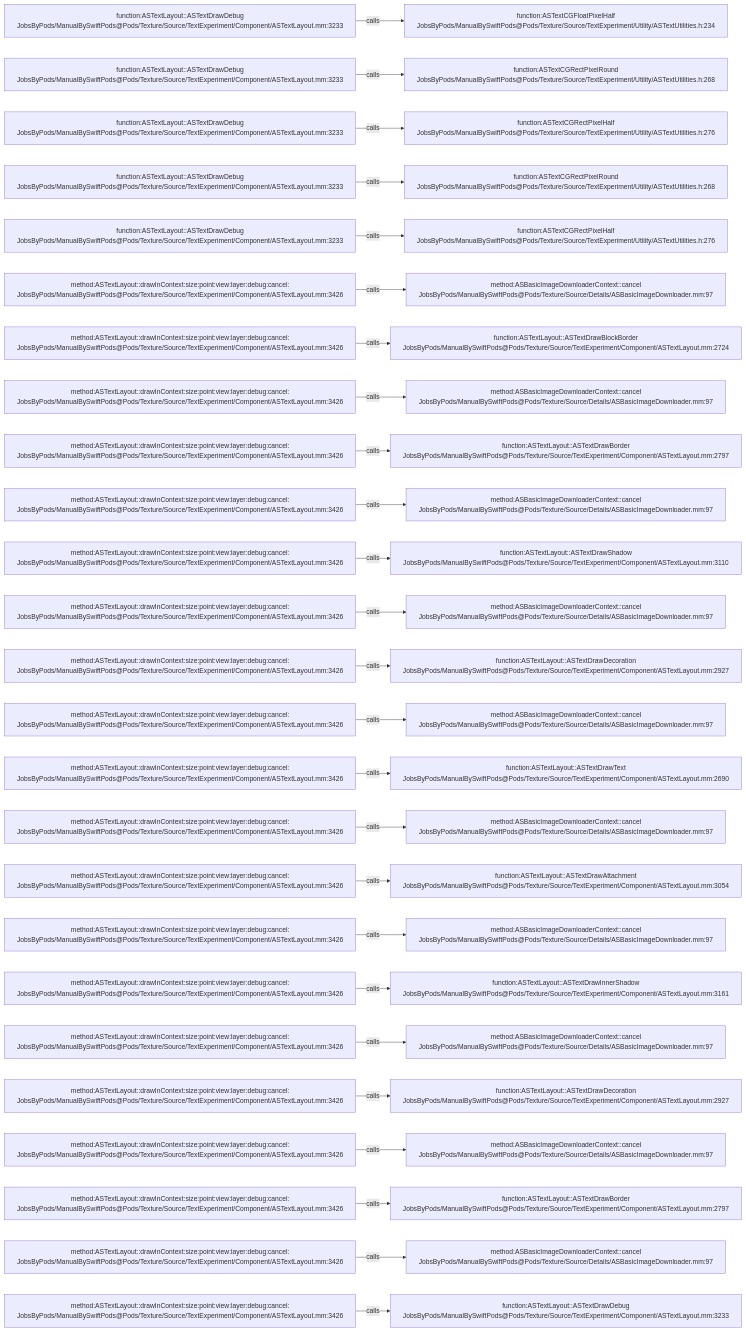
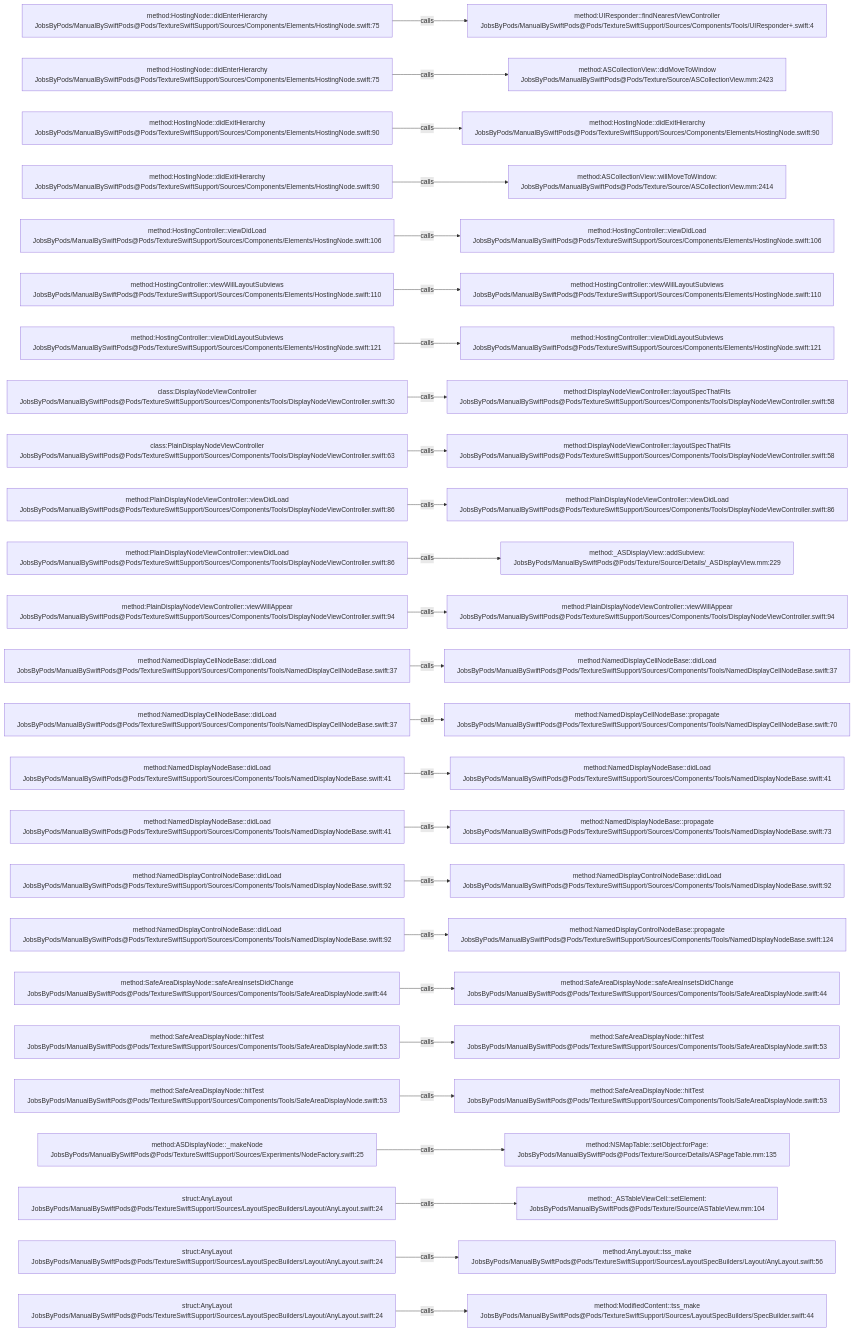
Before and after one commit to JobsKits/JobsSwiftBaseConfigDemo: the diagram in .codegraph/codegraph.md/graphs/calls-156.md, drawn with Mermaid. The commit also changed 832 other files, not shown here.

````diff
--- a/.codegraph/codegraph.md/graphs/calls-156.md
+++ b/.codegraph/codegraph.md/graphs/calls-156.md
@@ -13,78 +13,78 @@
 ```mermaid
 flowchart LR
-  S1["function:ASTextLayout::ASTextDrawDebug<br/>JobsByPods/ManualBySwiftPods@Pods/Texture/Source/TextExperiment/Component/ASTextLayout.mm:3233"]
-  T1["function:ASTextCGFloatPixelHalf<br/>JobsByPods/ManualBySwiftPods@Pods/Texture/Source/TextExperiment/Utility/ASTextUtilities.h:234"]
+  S1["method:HostingNode::didEnterHierarchy<br/>JobsByPods/ManualBySwiftPods@Pods/TextureSwiftSupport/Sources/Components/Elements/HostingNode.swift:75"]
+  T1["method:UIResponder::findNearestViewController<br/>JobsByPods/ManualBySwiftPods@Pods/TextureSwiftSupport/Sources/Components/Tools/UIResponder+.swift:4"]
   S1 -->|calls| T1
-  S2["function:ASTextLayout::ASTextDrawDebug<br/>JobsByPods/ManualBySwiftPods@Pods/Texture/Source/TextExperiment/Component/ASTextLayout.mm:3233"]
-  T2["function:ASTextCGRectPixelRound<br/>JobsByPods/ManualBySwiftPods@Pods/Texture/Source/TextExperiment/Utility/ASTextUtilities.h:268"]
+  S2["method:HostingNode::didEnterHierarchy<br/>JobsByPods/ManualBySwiftPods@Pods/TextureSwiftSupport/Sources/Components/Elements/HostingNode.swift:75"]
+  T2["method:ASCollectionView::didMoveToWindow<br/>JobsByPods/ManualBySwiftPods@Pods/Texture/Source/ASCollectionView.mm:2423"]
   S2 -->|calls| T2
-  S3["function:ASTextLayout::ASTextDrawDebug<br/>JobsByPods/ManualBySwiftPods@Pods/Texture/Source/TextExperiment/Component/ASTextLayout.mm:3233"]
-  T3["function:ASTextCGRectPixelHalf<br/>JobsByPods/ManualBySwiftPods@Pods/Texture/Source/TextExperiment/Utility/ASTextUtilities.h:276"]
+  S3["method:HostingNode::didExitHierarchy<br/>JobsByPods/ManualBySwiftPods@Pods/TextureSwiftSupport/Sources/Components/Elements/HostingNode.swift:90"]
+  T3["method:HostingNode::didExitHierarchy<br/>JobsByPods/ManualBySwiftPods@Pods/TextureSwiftSupport/Sources/Components/Elements/HostingNode.swift:90"]
   S3 -->|calls| T3
-  S4["function:ASTextLayout::ASTextDrawDebug<br/>JobsByPods/ManualBySwiftPods@Pods/Texture/Source/TextExperiment/Component/ASTextLayout.mm:3233"]
-  T4["function:ASTextCGRectPixelRound<br/>JobsByPods/ManualBySwiftPods@Pods/Texture/Source/TextExperiment/Utility/ASTextUtilities.h:268"]
+  S4["method:HostingNode::didExitHierarchy<br/>JobsByPods/ManualBySwiftPods@Pods/TextureSwiftSupport/Sources/Components/Elements/HostingNode.swift:90"]
+  T4["method:ASCollectionView::willMoveToWindow:<br/>JobsByPods/ManualBySwiftPods@Pods/Texture/Source/ASCollectionView.mm:2414"]
   S4 -->|calls| T4
-  S5["function:ASTextLayout::ASTextDrawDebug<br/>JobsByPods/ManualBySwiftPods@Pods/Texture/Source/TextExperiment/Component/ASTextLayout.mm:3233"]
-  T5["function:ASTextCGRectPixelHalf<br/>JobsByPods/ManualBySwiftPods@Pods/Texture/Source/TextExperiment/Utility/ASTextUtilities.h:276"]
+  S5["method:HostingController::viewDidLoad<br/>JobsByPods/ManualBySwiftPods@Pods/TextureSwiftSupport/Sources/Components/Elements/HostingNode.swift:106"]
+  T5["method:HostingController::viewDidLoad<br/>JobsByPods/ManualBySwiftPods@Pods/TextureSwiftSupport/Sources/Components/Elements/HostingNode.swift:106"]
   S5 -->|calls| T5
-  S6["method:ASTextLayout::drawInContext:size:point:view:layer:debug:cancel:<br/>JobsByPods/ManualBySwiftPods@Pods/Texture/Source/TextExperiment/Component/ASTextLayout.mm:3426"]
-  T6["method:ASBasicImageDownloaderContext::cancel<br/>JobsByPods/ManualBySwiftPods@Pods/Texture/Source/Details/ASBasicImageDownloader.mm:97"]
+  S6["method:HostingController::viewWillLayoutSubviews<br/>JobsByPods/ManualBySwiftPods@Pods/TextureSwiftSupport/Sources/Components/Elements/HostingNode.swift:110"]
+  T6["method:HostingController::viewWillLayoutSubviews<br/>JobsByPods/ManualBySwiftPods@Pods/TextureSwiftSupport/Sources/Components/Elements/HostingNode.swift:110"]
   S6 -->|calls| T6
-  S7["method:ASTextLayout::drawInContext:size:point:view:layer:debug:cancel:<br/>JobsByPods/ManualBySwiftPods@Pods/Texture/Source/TextExperiment/Component/ASTextLayout.mm:3426"]
-  T7["function:ASTextLayout::ASTextDrawBlockBorder<br/>JobsByPods/ManualBySwiftPods@Pods/Texture/Source/TextExperiment/Component/ASTextLayout.mm:2724"]
+  S7["method:HostingController::viewDidLayoutSubviews<br/>JobsByPods/ManualBySwiftPods@Pods/TextureSwiftSupport/Sources/Components/Elements/HostingNode.swift:121"]
+  T7["method:HostingController::viewDidLayoutSubviews<br/>JobsByPods/ManualBySwiftPods@Pods/TextureSwiftSupport/Sources/Components/Elements/HostingNode.swift:121"]
   S7 -->|calls| T7
-  S8["method:ASTextLayout::drawInContext:size:point:view:layer:debug:cancel:<br/>JobsByPods/ManualBySwiftPods@Pods/Texture/Source/TextExperiment/Component/ASTextLayout.mm:3426"]
-  T8["method:ASBasicImageDownloaderContext::cancel<br/>JobsByPods/ManualBySwiftPods@Pods/Texture/Source/Details/ASBasicImageDownloader.mm:97"]
+  S8["class:DisplayNodeViewController<br/>JobsByPods/ManualBySwiftPods@Pods/TextureSwiftSupport/Sources/Components/Tools/DisplayNodeViewController.swift:30"]
+  T8["method:DisplayNodeViewController::layoutSpecThatFits<br/>JobsByPods/ManualBySwiftPods@Pods/TextureSwiftSupport/Sources/Components/Tools/DisplayNodeViewController.swift:58"]
   S8 -->|calls| T8
-  S9["method:ASTextLayout::drawInContext:size:point:view:layer:debug:cancel:<br/>JobsByPods/ManualBySwiftPods@Pods/Texture/Source/TextExperiment/Component/ASTextLayout.mm:3426"]
-  T9["function:ASTextLayout::ASTextDrawBorder<br/>JobsByPods/ManualBySwiftPods@Pods/Texture/Source/TextExperiment/Component/ASTextLayout.mm:2797"]
+  S9["class:PlainDisplayNodeViewController<br/>JobsByPods/ManualBySwiftPods@Pods/TextureSwiftSupport/Sources/Components/Tools/DisplayNodeViewController.swift:63"]
+  T9["method:DisplayNodeViewController::layoutSpecThatFits<br/>JobsByPods/ManualBySwiftPods@Pods/TextureSwiftSupport/Sources/Components/Tools/DisplayNodeViewController.swift:58"]
   S9 -->|calls| T9
-  S10["method:ASTextLayout::drawInContext:size:point:view:layer:debug:cancel:<br/>JobsByPods/ManualBySwiftPods@Pods/Texture/Source/TextExperiment/Component/ASTextLayout.mm:3426"]
-  T10["method:ASBasicImageDownloaderContext::cancel<br/>JobsByPods/ManualBySwiftPods@Pods/Texture/Source/Details/ASBasicImageDownloader.mm:97"]
+  S10["method:PlainDisplayNodeViewController::viewDidLoad<br/>JobsByPods/ManualBySwiftPods@Pods/TextureSwiftSupport/Sources/Components/Tools/DisplayNodeViewController.swift:86"]
+  T10["method:PlainDisplayNodeViewController::viewDidLoad<br/>JobsByPods/ManualBySwiftPods@Pods/TextureSwiftSupport/Sources/Components/Tools/DisplayNodeViewController.swift:86"]
   S10 -->|calls| T10
-  S11["method:ASTextLayout::drawInContext:size:point:view:layer:debug:cancel:<br/>JobsByPods/ManualBySwiftPods@Pods/Texture/Source/TextExperiment/Component/ASTextLayout.mm:3426"]
-  T11["function:ASTextLayout::ASTextDrawShadow<br/>JobsByPods/ManualBySwiftPods@Pods/Texture/Source/TextExperiment/Component/ASTextLayout.mm:3110"]
+  S11["method:PlainDisplayNodeViewController::viewDidLoad<br/>JobsByPods/ManualBySwiftPods@Pods/TextureSwiftSupport/Sources/Components/Tools/DisplayNodeViewController.swift:86"]
+  T11["method:_ASDisplayView::addSubview:<br/>JobsByPods/ManualBySwiftPods@Pods/Texture/Source/Details/_ASDisplayView.mm:229"]
   S11 -->|calls| T11
-  S12["method:ASTextLayout::drawInContext:size:point:view:layer:debug:cancel:<br/>JobsByPods/ManualBySwiftPods@Pods/Texture/Source/TextExperiment/Component/ASTextLayout.mm:3426"]
-  T12["method:ASBasicImageDownloaderContext::cancel<br/>JobsByPods/ManualBySwiftPods@Pods/Texture/Source/Details/ASBasicImageDownloader.mm:97"]
+  S12["method:PlainDisplayNodeViewController::viewWillAppear<br/>JobsByPods/ManualBySwiftPods@Pods/TextureSwiftSupport/Sources/Components/Tools/DisplayNodeViewController.swift:94"]
+  T12["method:PlainDisplayNodeViewController::viewWillAppear<br/>JobsByPods/ManualBySwiftPods@Pods/TextureSwiftSupport/Sources/Components/Tools/DisplayNodeViewController.swift:94"]
   S12 -->|calls| T12
-  S13["method:ASTextLayout::drawInContext:size:point:view:layer:debug:cancel:<br/>JobsByPods/ManualBySwiftPods@Pods/Texture/Source/TextExperiment/Component/ASTextLayout.mm:3426"]
-  T13["function:ASTextLayout::ASTextDrawDecoration<br/>JobsByPods/ManualBySwiftPods@Pods/Texture/Source/TextExperiment/Component/ASTextLayout.mm:2927"]
+  S13["method:NamedDisplayCellNodeBase::didLoad<br/>JobsByPods/ManualBySwiftPods@Pods/TextureSwiftSupport/Sources/Components/Tools/NamedDisplayCellNodeBase.swift:37"]
+  T13["method:NamedDisplayCellNodeBase::didLoad<br/>JobsByPods/ManualBySwiftPods@Pods/TextureSwiftSupport/Sources/Components/Tools/NamedDisplayCellNodeBase.swift:37"]
   S13 -->|calls| T13
-  S14["method:ASTextLayout::drawInContext:size:point:view:layer:debug:cancel:<br/>JobsByPods/ManualBySwiftPods@Pods/Texture/Source/TextExperiment/Component/ASTextLayout.mm:3426"]
-  T14["method:ASBasicImageDownloaderContext::cancel<br/>JobsByPods/ManualBySwiftPods@Pods/Texture/Source/Details/ASBasicImageDownloader.mm:97"]
+  S14["method:NamedDisplayCellNodeBase::didLoad<br/>JobsByPods/ManualBySwiftPods@Pods/TextureSwiftSupport/Sources/Components/Tools/NamedDisplayCellNodeBase.swift:37"]
+  T14["method:NamedDisplayCellNodeBase::propagate<br/>JobsByPods/ManualBySwiftPods@Pods/TextureSwiftSupport/Sources/Components/Tools/NamedDisplayCellNodeBase.swift:70"]
   S14 -->|calls| T14
-  S15["method:ASTextLayout::drawInContext:size:point:view:layer:debug:cancel:<br/>JobsByPods/ManualBySwiftPods@Pods/Texture/Source/TextExperiment/Component/ASTextLayout.mm:3426"]
-  T15["function:ASTextLayout::ASTextDrawText<br/>JobsByPods/ManualBySwiftPods@Pods/Texture/Source/TextExperiment/Component/ASTextLayout.mm:2690"]
+  S15["method:NamedDisplayNodeBase::didLoad<br/>JobsByPods/ManualBySwiftPods@Pods/TextureSwiftSupport/Sources/Components/Tools/NamedDisplayNodeBase.swift:41"]
+  T15["method:NamedDisplayNodeBase::didLoad<br/>JobsByPods/ManualBySwiftPods@Pods/TextureSwiftSupport/Sources/Components/Tools/NamedDisplayNodeBase.swift:41"]
   S15 -->|calls| T15
-  S16["method:ASTextLayout::drawInContext:size:point:view:layer:debug:cancel:<br/>JobsByPods/ManualBySwiftPods@Pods/Texture/Source/TextExperiment/Component/ASTextLayout.mm:3426"]
-  T16["method:ASBasicImageDownloaderContext::cancel<br/>JobsByPods/ManualBySwiftPods@Pods/Texture/Source/Details/ASBasicImageDownloader.mm:97"]
+  S16["method:NamedDisplayNodeBase::didLoad<br/>JobsByPods/ManualBySwiftPods@Pods/TextureSwiftSupport/Sources/Components/Tools/NamedDisplayNodeBase.swift:41"]
+  T16["method:NamedDisplayNodeBase::propagate<br/>JobsByPods/ManualBySwiftPods@Pods/TextureSwiftSupport/Sources/Components/Tools/NamedDisplayNodeBase.swift:73"]
   S16 -->|calls| T16
-  S17["method:ASTextLayout::drawInContext:size:point:view:layer:debug:cancel:<br/>JobsByPods/ManualBySwiftPods@Pods/Texture/Source/TextExperiment/Component/ASTextLayout.mm:3426"]
-  T17["function:ASTextLayout::ASTextDrawAttachment<br/>JobsByPods/ManualBySwiftPods@Pods/Texture/Source/TextExperiment/Component/ASTextLayout.mm:3054"]
+  S17["method:NamedDisplayControlNodeBase::didLoad<br/>JobsByPods/ManualBySwiftPods@Pods/TextureSwiftSupport/Sources/Components/Tools/NamedDisplayNodeBase.swift:92"]
+  T17["method:NamedDisplayControlNodeBase::didLoad<br/>JobsByPods/ManualBySwiftPods@Pods/TextureSwiftSupport/Sources/Components/Tools/NamedDisplayNodeBase.swift:92"]
   S17 -->|calls| T17
-  S18["method:ASTextLayout::drawInContext:size:point:view:layer:debug:cancel:<br/>JobsByPods/ManualBySwiftPods@Pods/Texture/Source/TextExperiment/Component/ASTextLayout.mm:3426"]
-  T18["method:ASBasicImageDownloaderContext::cancel<br/>JobsByPods/ManualBySwiftPods@Pods/Texture/Source/Details/ASBasicImageDownloader.mm:97"]
+  S18["method:NamedDisplayControlNodeBase::didLoad<br/>JobsByPods/ManualBySwiftPods@Pods/TextureSwiftSupport/Sources/Components/Tools/NamedDisplayNodeBase.swift:92"]
+  T18["method:NamedDisplayControlNodeBase::propagate<br/>JobsByPods/ManualBySwiftPods@Pods/TextureSwiftSupport/Sources/Components/Tools/NamedDisplayNodeBase.swift:124"]
   S18 -->|calls| T18
-  S19["method:ASTextLayout::drawInContext:size:point:view:layer:debug:cancel:<br/>JobsByPods/ManualBySwiftPods@Pods/Texture/Source/TextExperiment/Component/ASTextLayout.mm:3426"]
-  T19["function:ASTextLayout::ASTextDrawInnerShadow<br/>JobsByPods/ManualBySwiftPods@Pods/Texture/Source/TextExperiment/Component/ASTextLayout.mm:3161"]
+  S19["method:SafeAreaDisplayNode::safeAreaInsetsDidChange<br/>JobsByPods/ManualBySwiftPods@Pods/TextureSwiftSupport/Sources/Components/Tools/SafeAreaDisplayNode.swift:44"]
+  T19["method:SafeAreaDisplayNode::safeAreaInsetsDidChange<br/>JobsByPods/ManualBySwiftPods@Pods/TextureSwiftSupport/Sources/Components/Tools/SafeAreaDisplayNode.swift:44"]
   S19 -->|calls| T19
-  S20["method:ASTextLayout::drawInContext:size:point:view:layer:debug:cancel:<br/>JobsByPods/ManualBySwiftPods@Pods/Texture/Source/TextExperiment/Component/ASTextLayout.mm:3426"]
-  T20["method:ASBasicImageDownloaderContext::cancel<br/>JobsByPods/ManualBySwiftPods@Pods/Texture/Source/Details/ASBasicImageDownloader.mm:97"]
+  S20["method:SafeAreaDisplayNode::hitTest<br/>JobsByPods/ManualBySwiftPods@Pods/TextureSwiftSupport/Sources/Components/Tools/SafeAreaDisplayNode.swift:53"]
+  T20["method:SafeAreaDisplayNode::hitTest<br/>JobsByPods/ManualBySwiftPods@Pods/TextureSwiftSupport/Sources/Components/Tools/SafeAreaDisplayNode.swift:53"]
   S20 -->|calls| T20
-  S21["method:ASTextLayout::drawInContext:size:point:view:layer:debug:cancel:<br/>JobsByPods/ManualBySwiftPods@Pods/Texture/Source/TextExperiment/Component/ASTextLayout.mm:3426"]
-  T21["function:ASTextLayout::ASTextDrawDecoration<br/>JobsByPods/ManualBySwiftPods@Pods/Texture/Source/TextExperiment/Component/ASTextLayout.mm:2927"]
+  S21["method:SafeAreaDisplayNode::hitTest<br/>JobsByPods/ManualBySwiftPods@Pods/TextureSwiftSupport/Sources/Components/Tools/SafeAreaDisplayNode.swift:53"]
+  T21["method:SafeAreaDisplayNode::hitTest<br/>JobsByPods/ManualBySwiftPods@Pods/TextureSwiftSupport/Sources/Components/Tools/SafeAreaDisplayNode.swift:53"]
   S21 -->|calls| T21
-  S22["method:ASTextLayout::drawInContext:size:point:view:layer:debug:cancel:<br/>JobsByPods/ManualBySwiftPods@Pods/Texture/Source/TextExperiment/Component/ASTextLayout.mm:3426"]
-  T22["method:ASBasicImageDownloaderContext::cancel<br/>JobsByPods/ManualBySwiftPods@Pods/Texture/Source/Details/ASBasicImageDownloader.mm:97"]
+  S22["method:ASDisplayNode::_makeNode<br/>JobsByPods/ManualBySwiftPods@Pods/TextureSwiftSupport/Sources/Experiments/NodeFactory.swift:25"]
+  T22["method:NSMapTable::setObject:forPage:<br/>JobsByPods/ManualBySwiftPods@Pods/Texture/Source/Details/ASPageTable.mm:135"]
   S22 -->|calls| T22
-  S23["method:ASTextLayout::drawInContext:size:point:view:layer:debug:cancel:<br/>JobsByPods/ManualBySwiftPods@Pods/Texture/Source/TextExperiment/Component/ASTextLayout.mm:3426"]
-  T23["function:ASTextLayout::ASTextDrawBorder<br/>JobsByPods/ManualBySwiftPods@Pods/Texture/Source/TextExperiment/Component/ASTextLayout.mm:2797"]
+  S23["struct:AnyLayout<br/>JobsByPods/ManualBySwiftPods@Pods/TextureSwiftSupport/Sources/LayoutSpecBuilders/Layout/AnyLayout.swift:24"]
+  T23["method:_ASTableViewCell::setElement:<br/>JobsByPods/ManualBySwiftPods@Pods/Texture/Source/ASTableView.mm:104"]
   S23 -->|calls| T23
-  S24["method:ASTextLayout::drawInContext:size:point:view:layer:debug:cancel:<br/>JobsByPods/ManualBySwiftPods@Pods/Texture/Source/TextExperiment/Component/ASTextLayout.mm:3426"]
-  T24["method:ASBasicImageDownloaderContext::cancel<br/>JobsByPods/ManualBySwiftPods@Pods/Texture/Source/Details/ASBasicImageDownloader.mm:97"]
+  S24["struct:AnyLayout<br/>JobsByPods/ManualBySwiftPods@Pods/TextureSwiftSupport/Sources/LayoutSpecBuilders/Layout/AnyLayout.swift:24"]
+  T24["method:AnyLayout::tss_make<br/>JobsByPods/ManualBySwiftPods@Pods/TextureSwiftSupport/Sources/LayoutSpecBuilders/Layout/AnyLayout.swift:56"]
   S24 -->|calls| T24
-  S25["method:ASTextLayout::drawInContext:size:point:view:layer:debug:cancel:<br/>JobsByPods/ManualBySwiftPods@Pods/Texture/Source/TextExperiment/Component/ASTextLayout.mm:3426"]
-  T25["function:ASTextLayout::ASTextDrawDebug<br/>JobsByPods/ManualBySwiftPods@Pods/Texture/Source/TextExperiment/Component/ASTextLayout.mm:3233"]
+  S25["struct:AnyLayout<br/>JobsByPods/ManualBySwiftPods@Pods/TextureSwiftSupport/Sources/LayoutSpecBuilders/Layout/AnyLayout.swift:24"]
+  T25["method:ModifiedContent::tss_make<br/>JobsByPods/ManualBySwiftPods@Pods/TextureSwiftSupport/Sources/LayoutSpecBuilders/SpecBuilder.swift:44"]
   S25 -->|calls| T25
 ```
````
